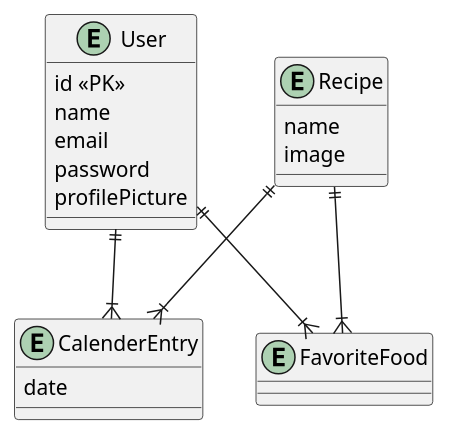
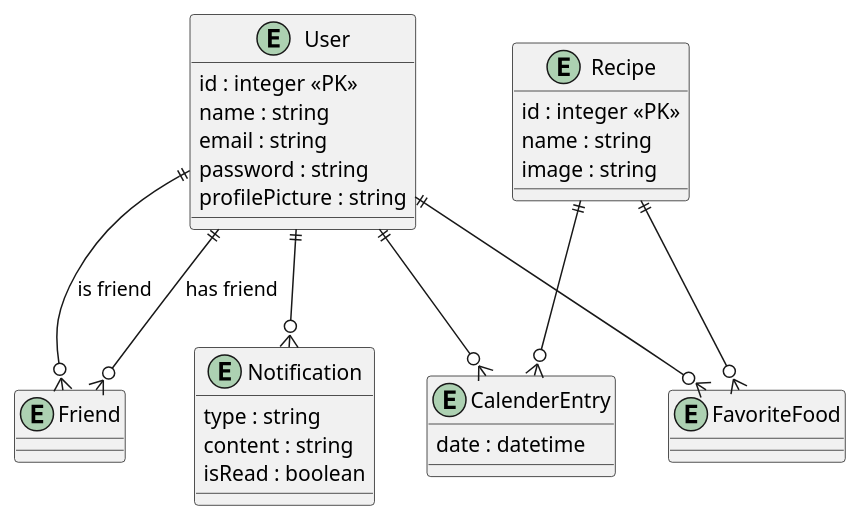
The diagram in erd.puml (2526-wmc-3bhif-classroom-org/sommerprojekt-wmc-forkcast), drawn with PlantUML before and after one commit. The commit also changed 1 other file, not shown here.

Commit message:
updated erd diagram and db entities

```diff
--- a/erd.puml
+++ b/erd.puml
@@ -1,28 +1,44 @@
 @startuml
 
 entity "User" {
-  id <<PK>>
-  name
-  email
-  password
-  profilePicture
+  id : integer <<PK>>
+  name : string
+  email : string
+  password : string
+  profilePicture : string
+}
+
+entity "Friend" {
+}
+
+entity "Notification" {
+  type : string
+  content : string
+  isRead : boolean
 }
 
 entity "Recipe" {
-  name
-  image
+  id : integer <<PK>>
+  name : string
+  image : string
 }
 
 entity "CalenderEntry" {
-  date
+  date : datetime
 }
 
 entity "FavoriteFood" {
 }
 
-User ||--|{ CalenderEntry
-User ||--|{ FavoriteFood
-Recipe ||--|{ FavoriteFood
-Recipe ||--|{ CalenderEntry
+User ||--o{ CalenderEntry
+Recipe ||--o{ CalenderEntry
+
+User ||--o{ FavoriteFood
+Recipe ||--o{ FavoriteFood
+
+User ||--o{ Notification
+
+User ||--o{ Friend : has friend
+User ||--o{ Friend : is friend
 
 @enduml
```
